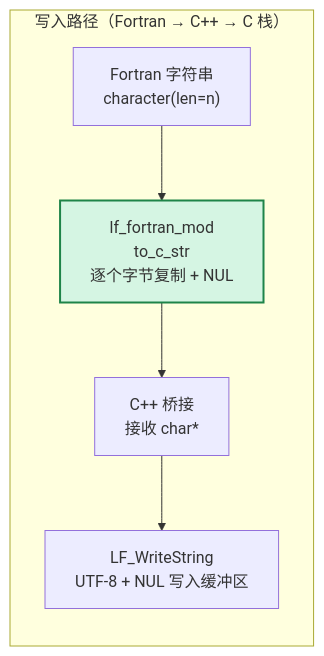
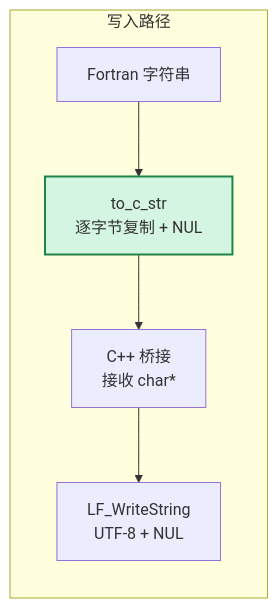
One commit to PassByYou888/LingoFuse changed the eighth of 19 diagrams in fortran/README.md. Above: the diagram before and after it, drawn with Mermaid. The commit also changed other lines of this file and 16 other files, not shown here.

````diff
--- a/fortran/README.md
+++ b/fortran/README.md
@@ -291,12 +689,12 @@
 ```mermaid
 flowchart LR
-    subgraph Write["写入路径（Fortran → C++ → C 栈）"]
-        W1["Fortran 字符串<br/>character(len=n)"]
-        W2["lf_fortran_mod<br/>to_c_str<br/>逐个字节复制 + NUL"]
+    subgraph Write["写入路径"]
+        W1["Fortran 字符串"]
+        W2["to_c_str<br/>逐字节复制 + NUL"]
         W3["C++ 桥接<br/>接收 char*"]
-        W4["LF_WriteString<br/>UTF-8 + NUL 写入缓冲区"]
+        W4["LF_WriteString<br/>UTF-8 + NUL"]
         W1 --> W2 --> W3 --> W4
     end
 
     style W2 fill:#D5F5E3,stroke:#1E8449,stroke-width:2px
 ```
````
